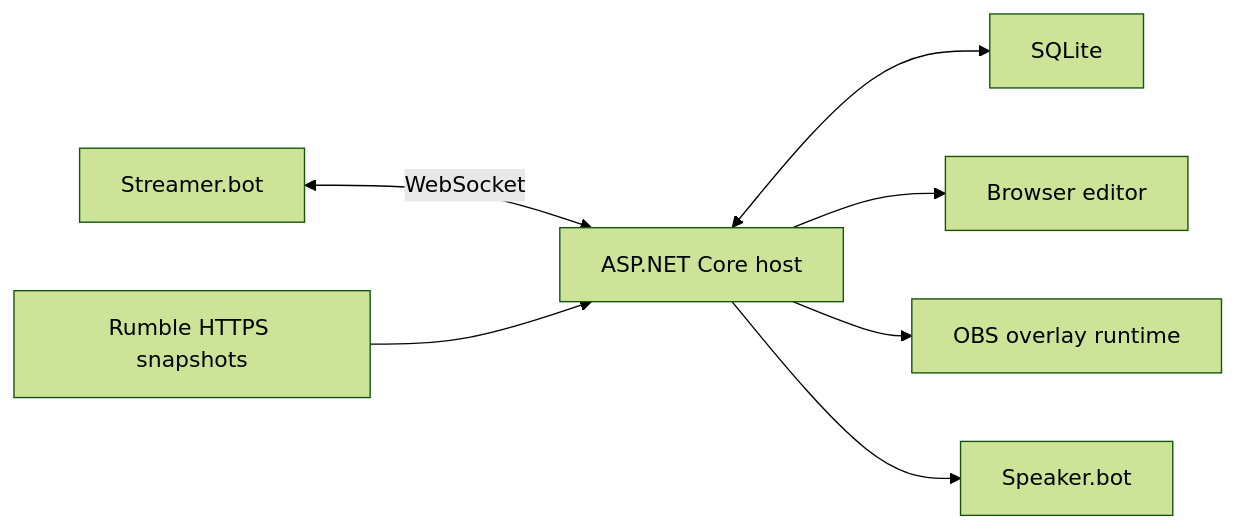
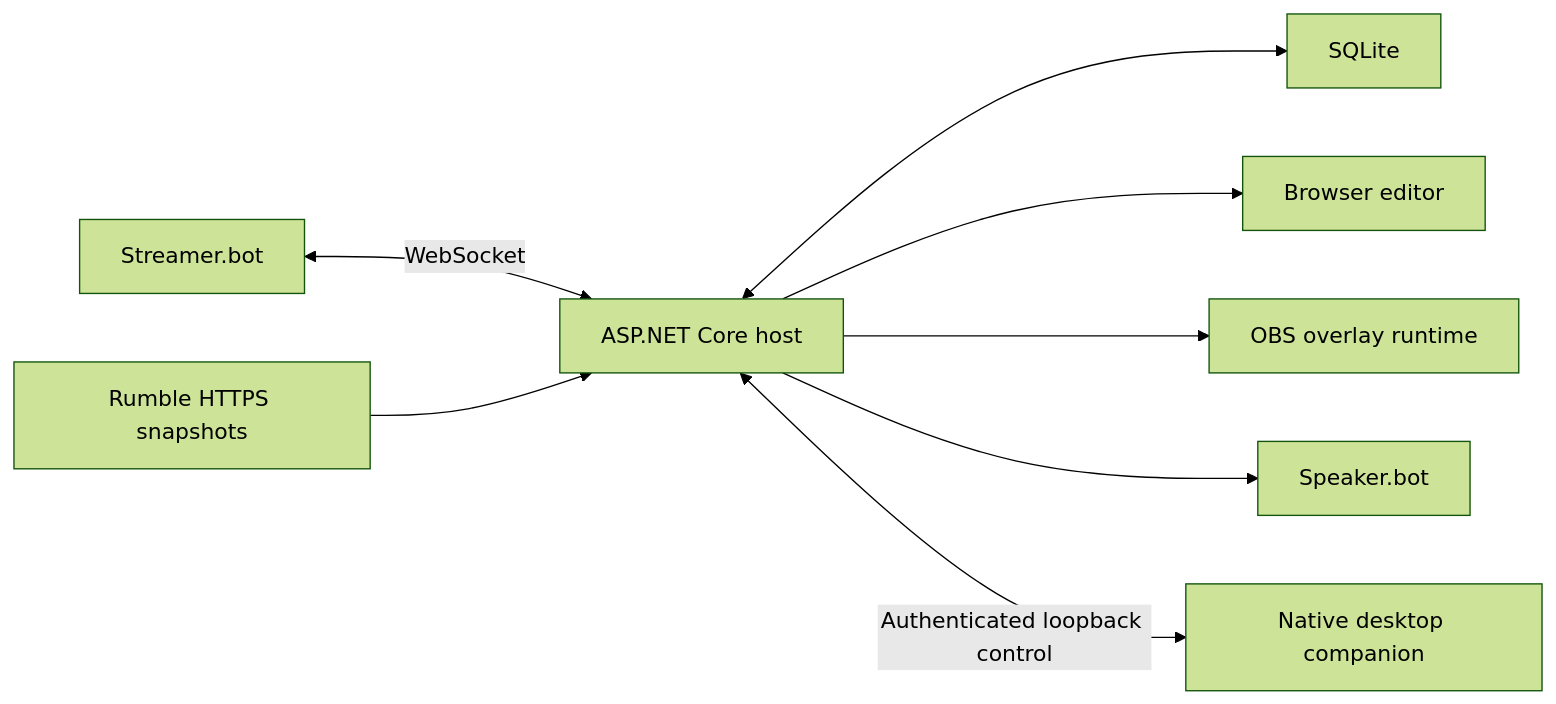
One commit to TechDaddyKB/tdsblive changed the diagram in docs/architecture.md. Above: the diagram before and after it, drawn with Mermaid (forest theme). The commit also changed other lines of this file and 91 other files, not shown here.

````diff
--- a/docs/architecture.md
+++ b/docs/architecture.md
@@ -7,9 +7,10 @@
 ```mermaid
 flowchart LR
   SB[Streamer.bot] <-->|WebSocket| H[ASP.NET Core host]
   R[Rumble HTTPS snapshots] --> H
   H <--> D[SQLite]
   H --> E[Browser editor]
   H --> O[OBS overlay runtime]
   H --> S[Speaker.bot]
+  H <-->|Authenticated loopback control| T[Native desktop companion]
 ```
````
